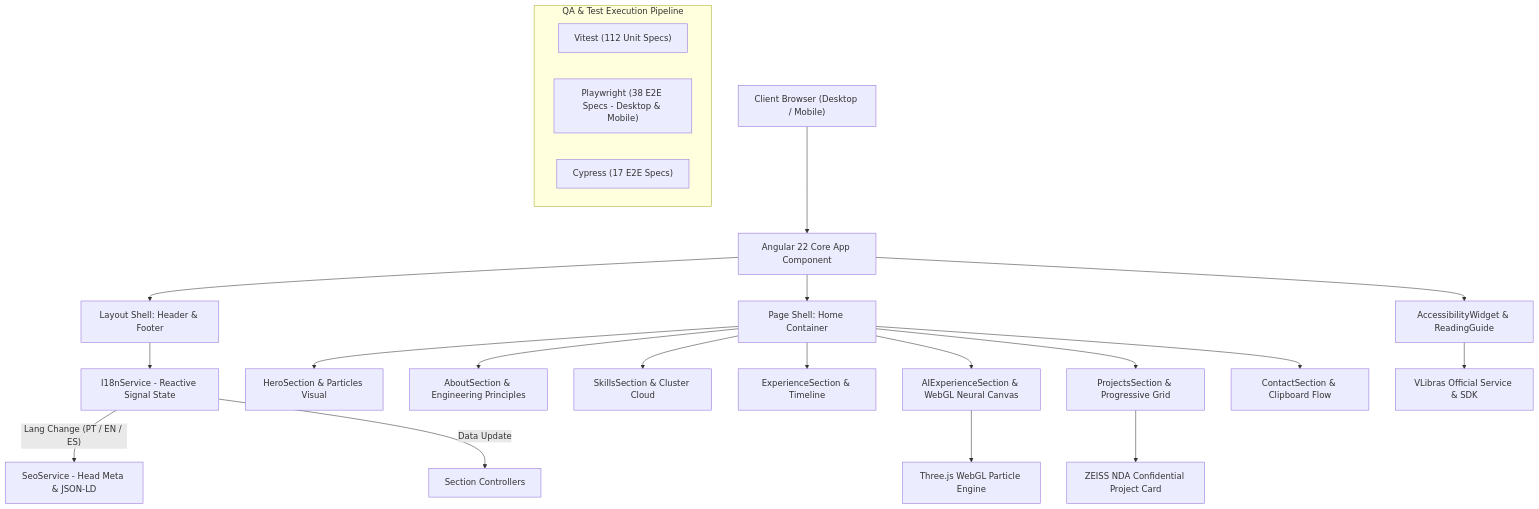
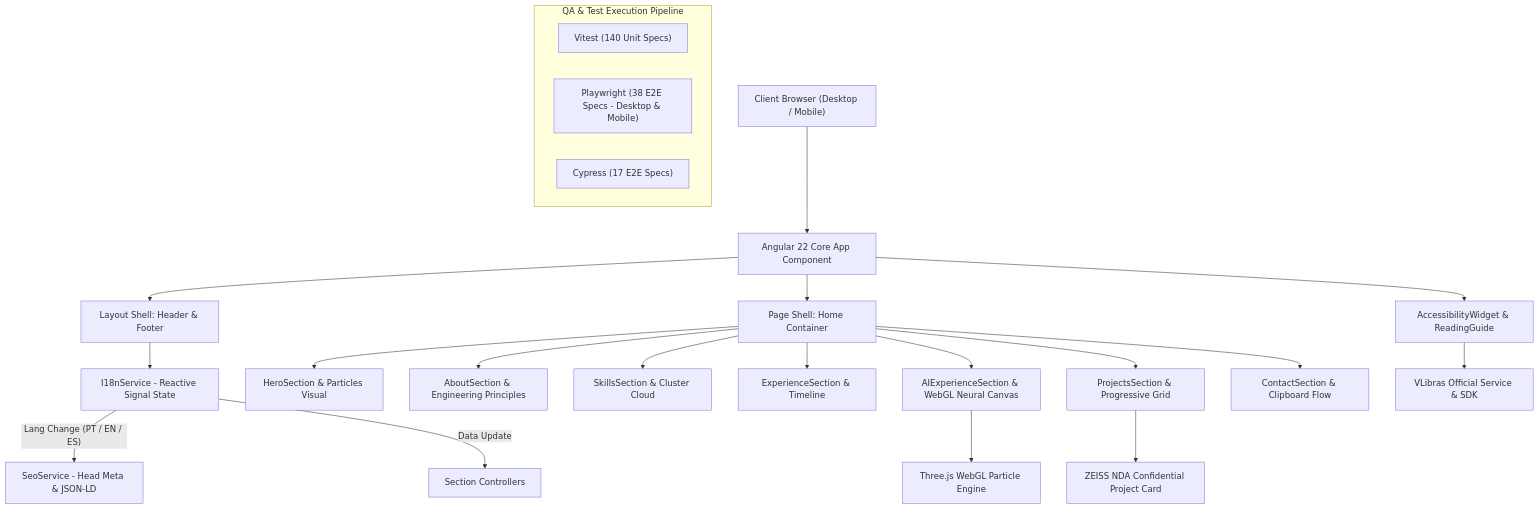
One commit to DevYuriVieira/portfolio changed the first of 2 diagrams in README.md. Above: the diagram before and after it, drawn with Mermaid. The commit also changed other lines of this file and 10 other files, not shown here.

````diff
--- a/README.md
+++ b/README.md
@@ -163,30 +163,30 @@
 ```mermaid
 flowchart TD
     A["Client Browser (Desktop / Mobile)"] --> B["Angular 22 Core App Component"]
     
     B --> C["Layout Shell: Header & Footer"]
     B --> D["Page Shell: Home Container"]
     
     C --> E["I18nService - Reactive Signal State"]
     E -- "Lang Change (PT / EN / ES)" --> F["SeoService - Head Meta & JSON-LD"]
     E -- "Data Update" --> G["Section Controllers"]
     
     D --> H1["HeroSection & Particles Visual"]
     D --> H2["AboutSection & Engineering Principles"]
     D --> H3["SkillsSection & Cluster Cloud"]
     D --> H4["ExperienceSection & Timeline"]
     D --> H5["AIExperienceSection & WebGL Neural Canvas"]
     D --> H6["ProjectsSection & Progressive Grid"]
     D --> H7["ContactSection & Clipboard Flow"]
     
     H5 --> I["Three.js WebGL Particle Engine"]
     H6 --> J["ZEISS NDA Confidential Project Card"]
     B --> A11y["AccessibilityWidget & ReadingGuide"]
     A11y --> VLibras["VLibras Official Service & SDK"]
     
     subgraph "QA & Test Execution Pipeline"
-        K1["Vitest (112 Unit Specs)"]
+        K1["Vitest (140 Unit Specs)"]
         K2["Playwright (38 E2E Specs - Desktop & Mobile)"]
         K3["Cypress (17 E2E Specs)"]
     end
 ```
````
